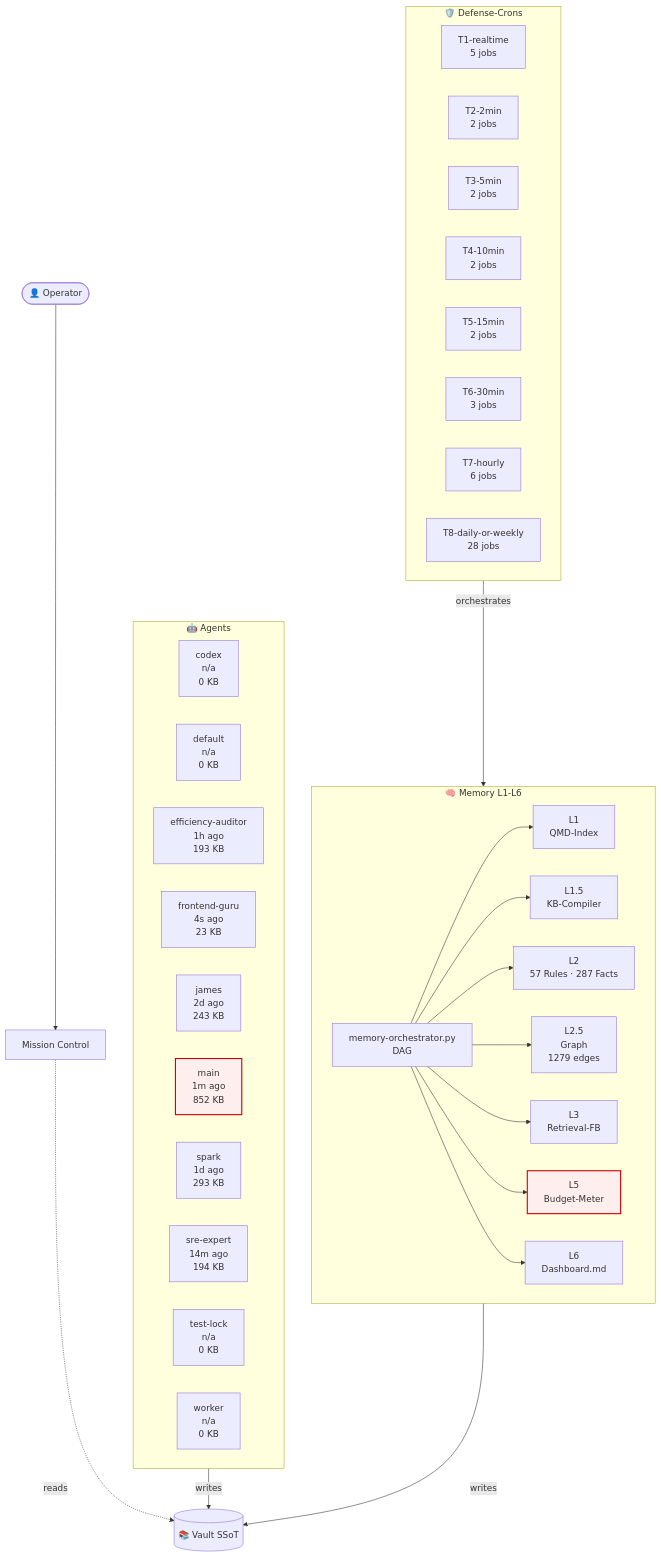
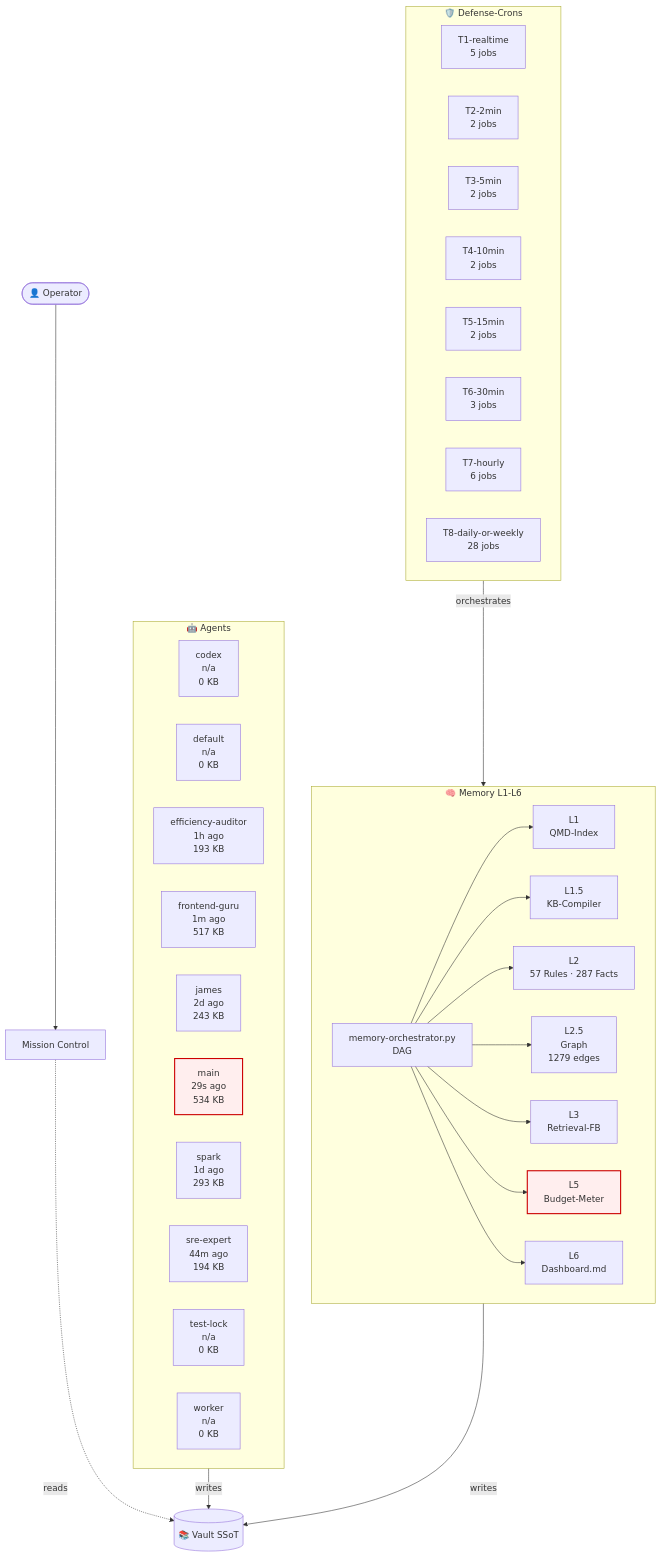
Before and after one commit to lenardhuebner88-rgb/openclaw-memory: the diagram in 03-Agents/architecture-live.md, drawn with Mermaid. The commit also changed other lines of this file and 6 other files, not shown here.

````diff
--- a/03-Agents/architecture-live.md
+++ b/03-Agents/architecture-live.md
@@ -18,53 +18,53 @@
 ```mermaid
 flowchart TB
     classDef critical fill:#fee,stroke:#c00,stroke-width:2px;
     subgraph AGT["🤖 Agents"]
         agent_codex["codex<br/>n/a<br/>0 KB"]
         agent_default["default<br/>n/a<br/>0 KB"]
         agent_efficiency_auditor["efficiency-auditor<br/>1h ago<br/>193 KB"]
-        agent_frontend_guru["frontend-guru<br/>4s ago<br/>23 KB"]
+        agent_frontend_guru["frontend-guru<br/>1m ago<br/>517 KB"]
         agent_james["james<br/>2d ago<br/>243 KB"]
-        agent_main["main<br/>1m ago<br/>852 KB"]
+        agent_main["main<br/>29s ago<br/>534 KB"]
         agent_spark["spark<br/>1d ago<br/>293 KB"]
-        agent_sre_expert["sre-expert<br/>14m ago<br/>194 KB"]
+        agent_sre_expert["sre-expert<br/>44m ago<br/>194 KB"]
         agent_test_lock["test-lock<br/>n/a<br/>0 KB"]
         agent_worker["worker<br/>n/a<br/>0 KB"]
     end
     subgraph MEM["🧠 Memory L1-L6"]
         L1["L1<br/>QMD-Index"]
         L15["L1.5<br/>KB-Compiler"]
         L2["L2<br/>57 Rules · 287 Facts"]
         L25["L2.5<br/>Graph<br/>1279 edges"]
         L3["L3<br/>Retrieval-FB"]
         L5["L5<br/>Budget-Meter"]
         L6["L6<br/>Dashboard.md"]
         ORCH["memory-orchestrator.py<br/>DAG"]
     end
     subgraph CRN["🛡️ Defense-Crons"]
         tier_T1_realtime["T1-realtime<br/>5 jobs"]
         tier_T2_2min["T2-2min<br/>2 jobs"]
         tier_T3_5min["T3-5min<br/>2 jobs"]
         tier_T4_10min["T4-10min<br/>2 jobs"]
         tier_T5_15min["T5-15min<br/>2 jobs"]
         tier_T6_30min["T6-30min<br/>3 jobs"]
         tier_T7_hourly["T7-hourly<br/>6 jobs"]
         tier_T8_daily_or_weekly["T8-daily-or-weekly<br/>28 jobs"]
     end
     VAULT[("📚 Vault SSoT")]
     OP([👤 Operator])
     MC["Mission Control"]
     OP --> MC
     MC -.reads.-> VAULT
     AGT -->|writes| VAULT
     MEM -->|writes| VAULT
     ORCH --> L1
     ORCH --> L15
     ORCH --> L2
     ORCH --> L25
     ORCH --> L3
     ORCH --> L5
     ORCH --> L6
     CRN -->|orchestrates| MEM
     class L5 critical
     class agent_main critical
 ```
````
